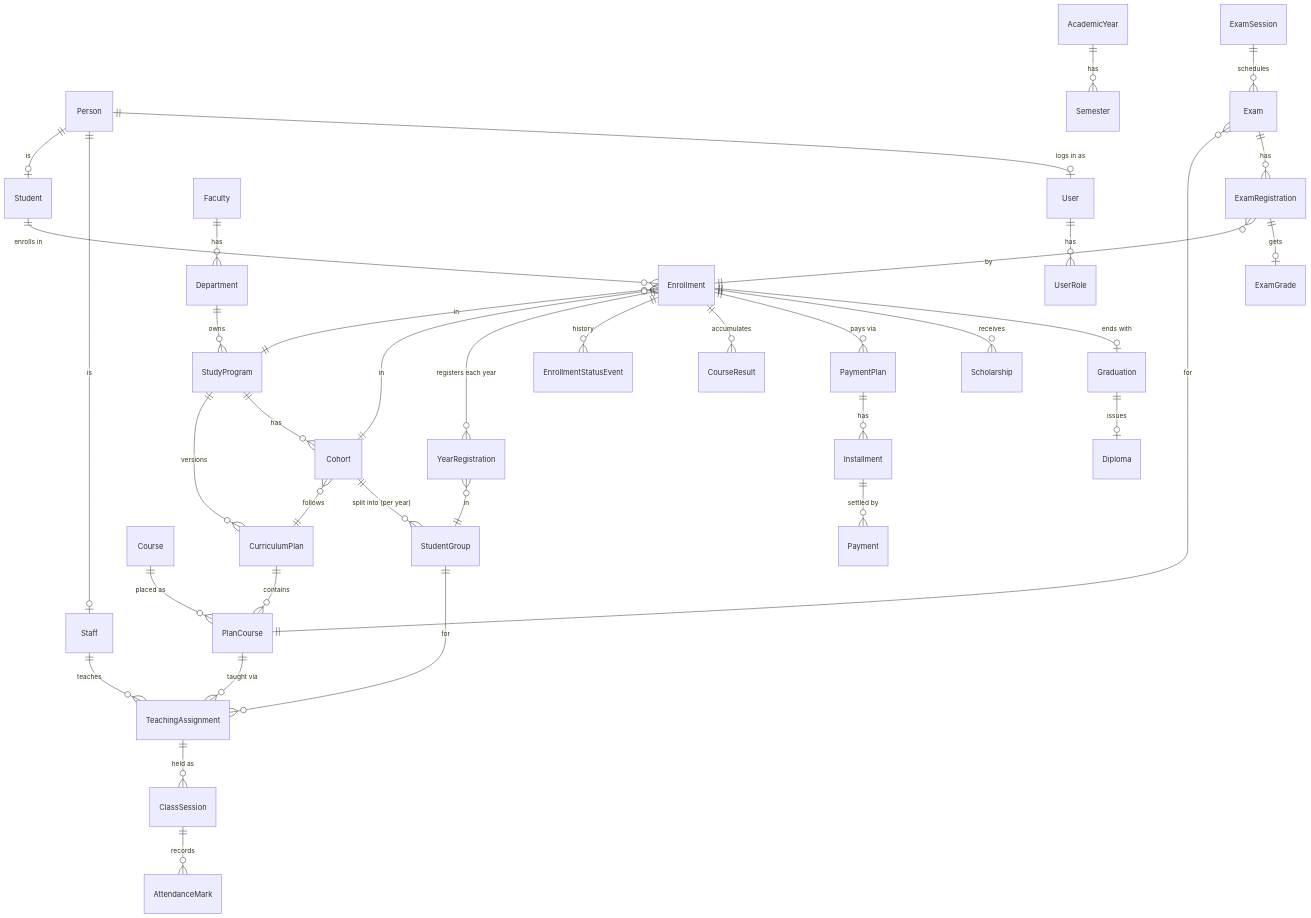
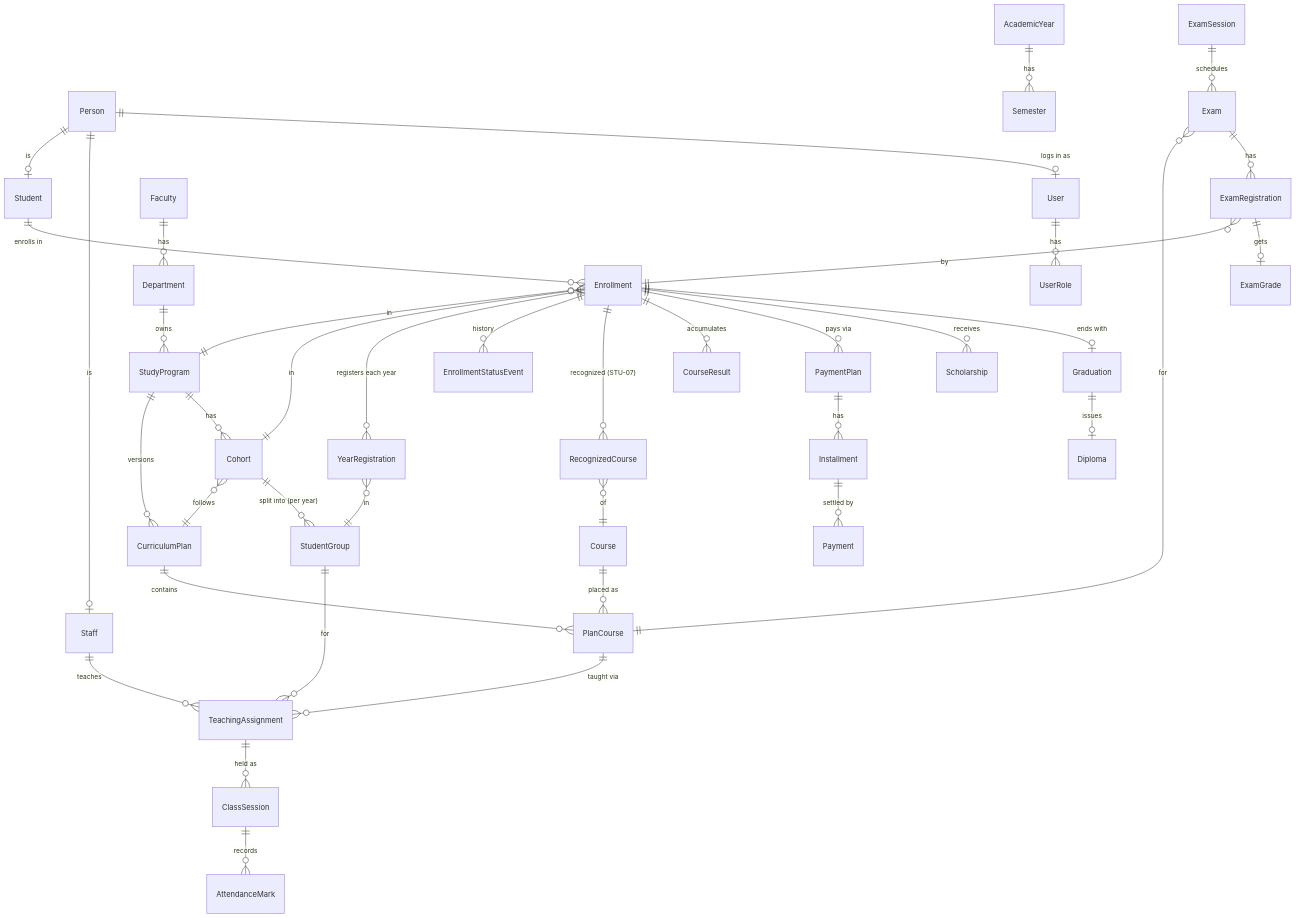
The diagram in docs/02-architecture/domain-model.md (ariolsollaku1/sekretaria-dixhitale), drawn with Mermaid before and after one commit. The commit also changed other lines of this file and 4 other files, not shown here.

````diff
--- a/docs/02-architecture/domain-model.md
+++ b/docs/02-architecture/domain-model.md
@@ -28,46 +28,48 @@
 ```mermaid
 erDiagram
   Person ||--o| Student : "is"
   Person ||--o| Staff : "is"
   Person ||--o| User : "logs in as"
   User ||--o{ UserRole : has
 
   Faculty ||--o{ Department : has
   Department ||--o{ StudyProgram : owns
   StudyProgram ||--o{ CurriculumPlan : "versions"
   StudyProgram ||--o{ Cohort : has
   CurriculumPlan ||--o{ PlanCourse : contains
   Course ||--o{ PlanCourse : "placed as"
   Cohort }o--|| CurriculumPlan : follows
   Cohort ||--o{ StudentGroup : "split into (per year)"
   AcademicYear ||--o{ Semester : has
 
   Student ||--o{ Enrollment : "enrolls in"
   Enrollment }o--|| StudyProgram : in
   Enrollment }o--|| Cohort : in
   Enrollment ||--o{ YearRegistration : "registers each year"
   YearRegistration }o--|| StudentGroup : in
   Enrollment ||--o{ EnrollmentStatusEvent : history
+  Enrollment ||--o{ RecognizedCourse : "recognized (STU-07)"
+  RecognizedCourse }o--|| Course : of
 
   PlanCourse ||--o{ TeachingAssignment : "taught via"
   Staff ||--o{ TeachingAssignment : teaches
   StudentGroup ||--o{ TeachingAssignment : for
 
   TeachingAssignment ||--o{ ClassSession : "held as"
   ClassSession ||--o{ AttendanceMark : records
 
   ExamSession ||--o{ Exam : schedules
   Exam }o--|| PlanCourse : for
   Exam ||--o{ ExamRegistration : has
   ExamRegistration }o--|| Enrollment : by
   ExamRegistration ||--o| ExamGrade : gets
   Enrollment ||--o{ CourseResult : "accumulates"
 
   Enrollment ||--o{ PaymentPlan : "pays via"
   PaymentPlan ||--o{ Installment : has
   Installment ||--o{ Payment : "settled by"
   Enrollment ||--o{ Scholarship : receives
 
   Enrollment ||--o| Graduation : "ends with"
   Graduation ||--o| Diploma : issues
 ```
````
